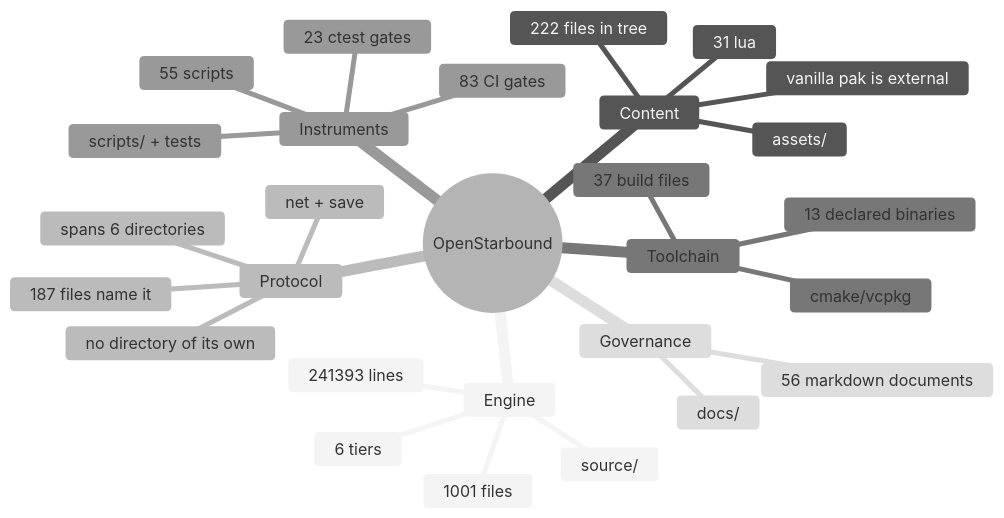
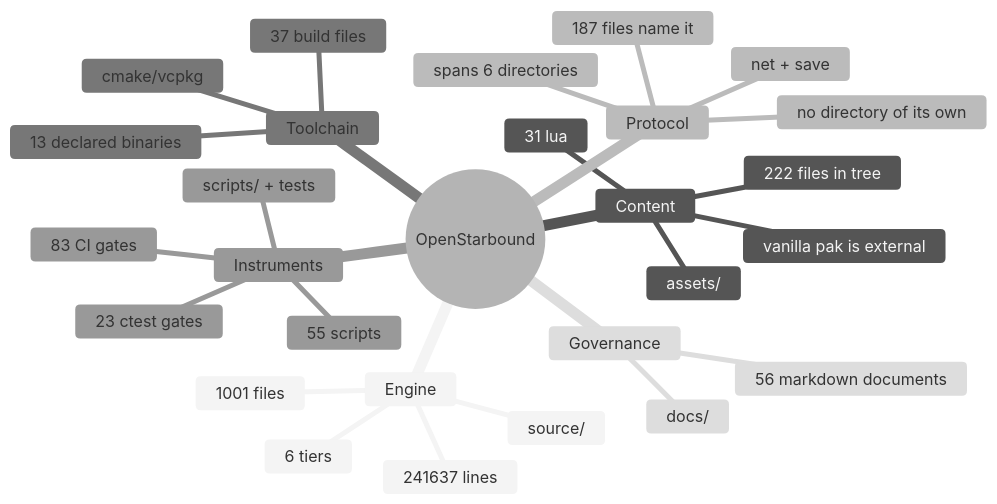
The second of 11 diagrams in docs/architecture/system-boundaries.md (apnex/OpenStarbound), drawn with Mermaid (neutral theme) before and after one commit. The commit also changed other lines of this file and 9 other files, not shown here.

````diff
--- a/docs/architecture/system-boundaries.md
+++ b/docs/architecture/system-boundaries.md
@@ -166,31 +166,31 @@
 ```mermaid
 mindmap
   root((OpenStarbound))
     Engine
       source/
       1001 files
-      241393 lines
+      241637 lines
       6 tiers
     Content
       assets/
       222 files in tree
       31 lua
       vanilla pak is external
     Protocol
       net + save
       187 files name it
       spans 6 directories
       no directory of its own
     Toolchain
       cmake/vcpkg
       37 build files
       13 declared binaries
     Instruments
       scripts/ + tests
       55 scripts
       23 ctest gates
       83 CI gates
     Governance
       docs/
       56 markdown documents
 ```
````
